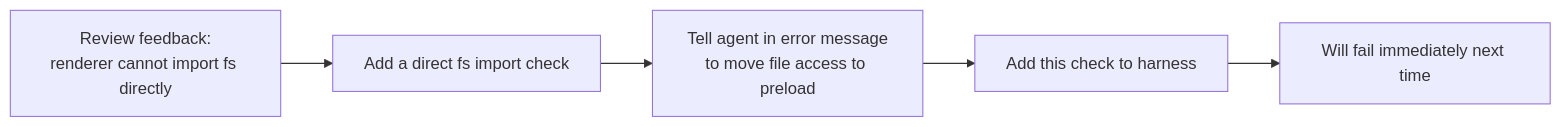
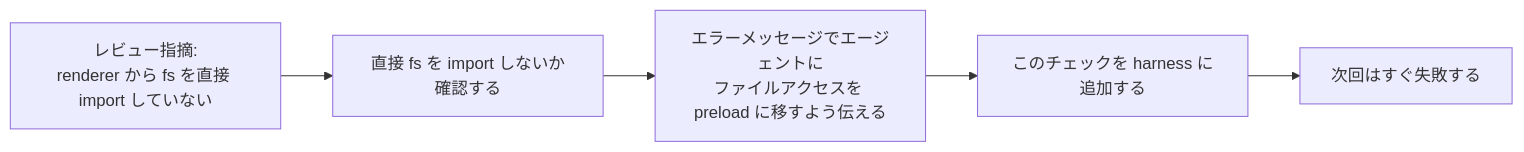
One commit to mkusaka/learn-harness-engineering changed the second of 2 diagrams in docs/en/lectures/lecture-10-why-end-to-end-testing-changes-results/index.md. Above: the diagram before and after it, drawn with Mermaid. The commit also changed other lines of this file and 571 other files, not shown here.

````diff
--- a/docs/en/lectures/lecture-10-why-end-to-end-testing-changes-results/index.md
+++ b/docs/en/lectures/lecture-10-why-end-to-end-testing-changes-results/index.md
@@ -52,7 +52,7 @@
 ```mermaid
 flowchart LR
-    Review["Review feedback:<br/>renderer cannot import fs directly"] --> Rule["Add a direct fs import check"]
-    Rule --> Message["Tell agent in error message<br/>to move file access to preload"]
-    Message --> Harness["Add this check to harness"]
-    Harness --> Stronger["Will fail immediately next time"]
+    Review["レビュー指摘:<br/>renderer から fs を直接 import していない"] --> Rule["直接 fs を import しないか確認する"]
+    Rule --> Message["エラーメッセージでエージェントに<br/>ファイルアクセスを preload に移すよう伝える"]
+    Message --> Harness["このチェックを harness に追加する"]
+    Harness --> Stronger["次回はすぐ失敗する"]
 ```
````
